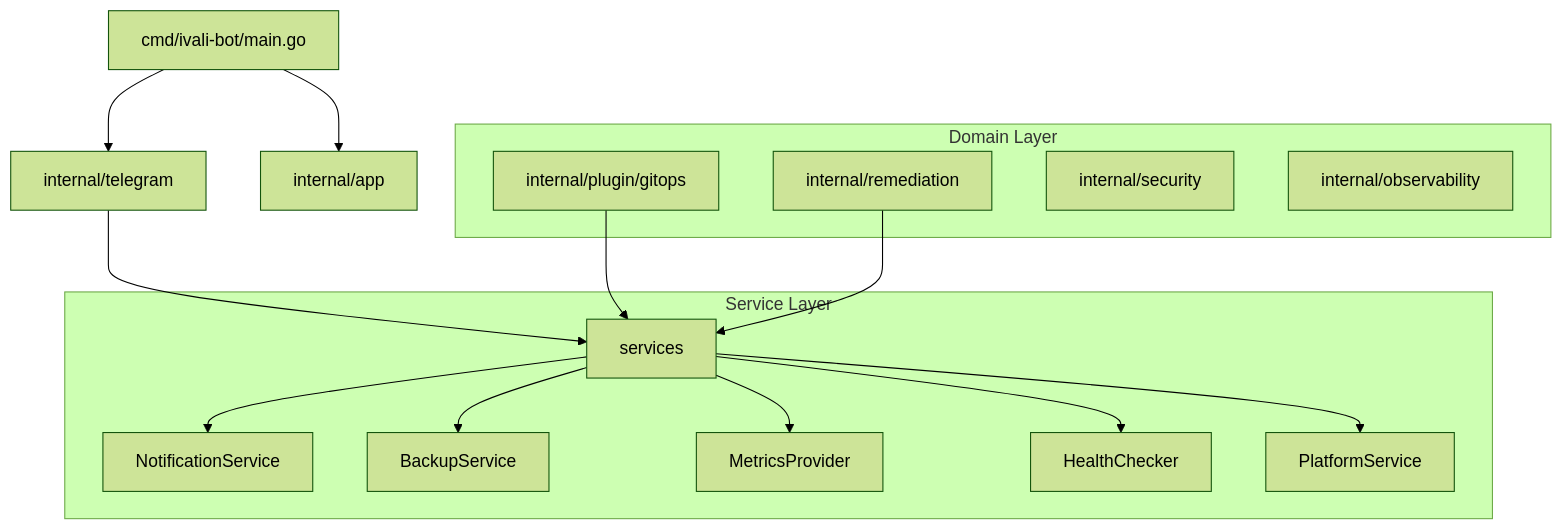
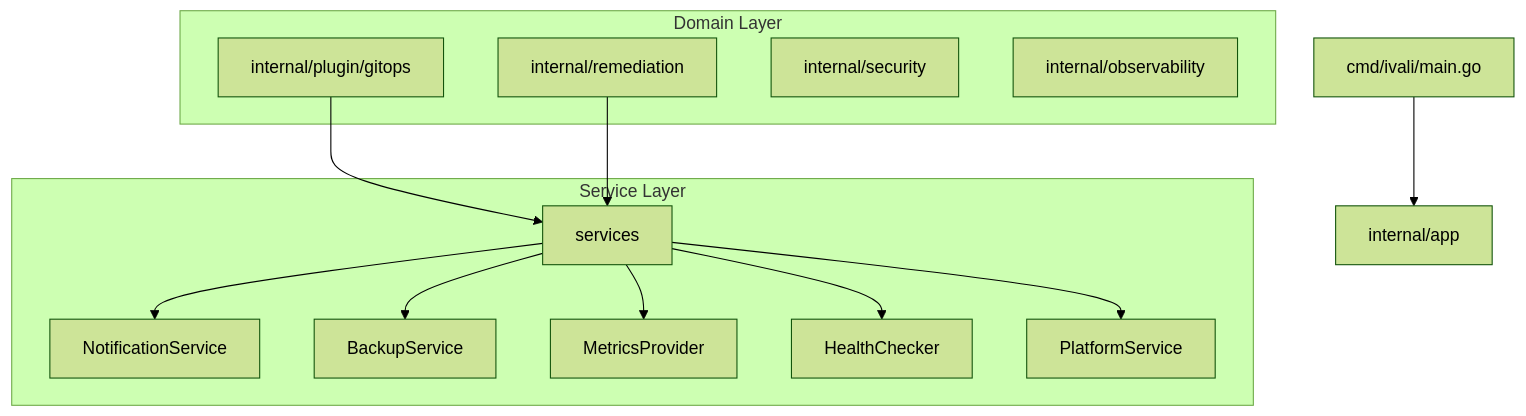
The second of 2 diagrams in ARCHITECTURE.md (itsivali/nixos-infrastructure), drawn with Mermaid (forest theme) before and after one commit. The commit also changed other lines of this file and 13 other files, not shown here.

First line of the commit message:
docs: update architecture, docs, and remove dead Telegram references

````diff
--- a/ARCHITECTURE.md
+++ b/ARCHITECTURE.md
@@ -248,31 +245,29 @@
 ```mermaid
 graph TD
-    main[cmd/ivali-bot/main.go] --> app[internal/app]
-    main --> telegram[internal/telegram]
+    main[cmd/ivali/main.go] --> app[internal/app]
     
     subgraph "Service Layer"
         services[services]
         notification[NotificationService]
         backup[BackupService]
         metrics[MetricsProvider]
         health[HealthChecker]
         platform[PlatformService]
     end
     
     subgraph "Domain Layer"
         gitops[internal/plugin/gitops]
         remediation[internal/remediation]
         security[internal/security]
         observability[internal/observability]
     end
     
     services --> notification
     services --> backup
     services --> metrics
     services --> health
     services --> platform
     
-    telegram --> services
     gitops --> services
     remediation --> services
 ```
````
